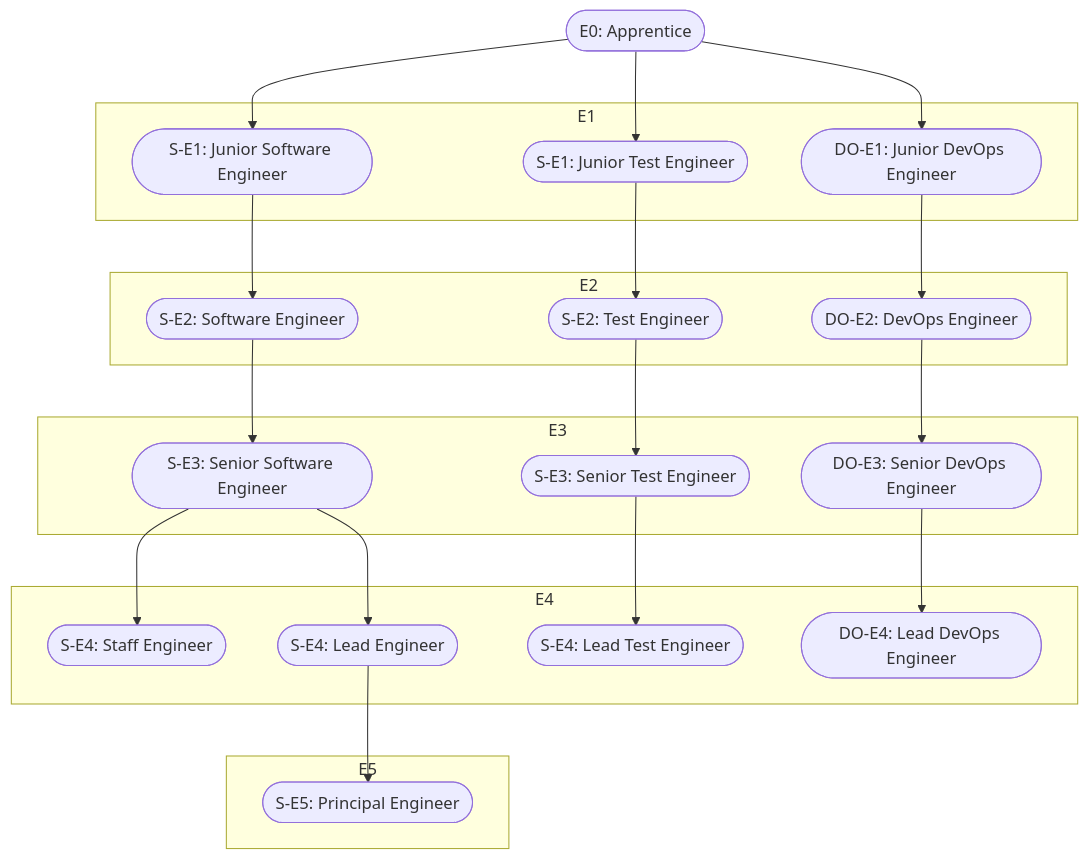
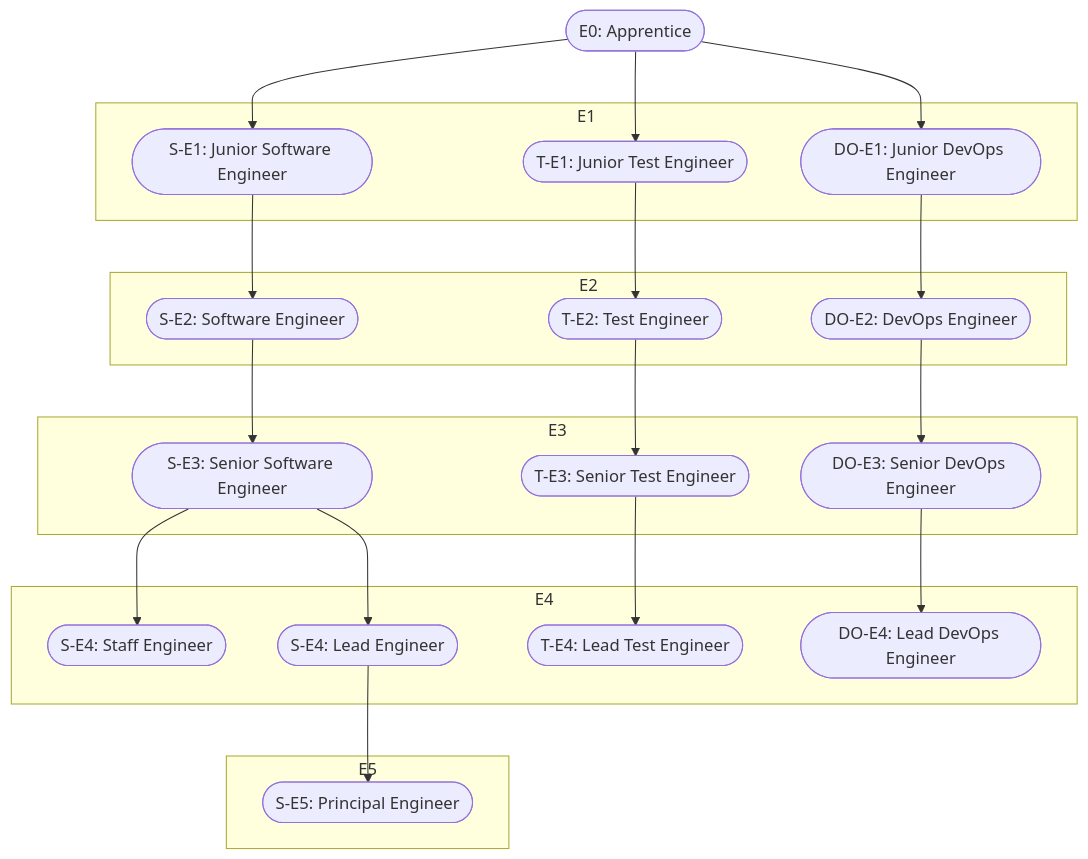
The diagram in docs/Progression-Framework/engineering-progression-framework.md (amdigital-co-uk/docs-playbook), drawn with Mermaid before and after one commit.

Commit message:
Update engineering-progression-framework.md
Updated SE to TE inline with Engineering Competency Matrix

````diff
--- a/docs/Progression-Framework/engineering-progression-framework.md
+++ b/docs/Progression-Framework/engineering-progression-framework.md
@@ -45,50 +45,50 @@
 ``` mermaid
 flowchart TD
 E0
 
 E0([E0: Apprentice]) --> S-E1([S-E1: Junior Software Engineer])
 S-E1 --> S-E2([S-E2: Software Engineer])
 S-E2 --> S-E3([S-E3: Senior Software Engineer])
 S-E3 --> S-E4a([S-E4: Staff Engineer])
 S-E3 --> S-E4([S-E4: Lead Engineer])
 S-E4 --> S-E5([S-E5: Principal Engineer])
 
-E0 --> T-E1([S-E1: Junior Test Engineer])
-T-E1 --> T-E2([S-E2: Test Engineer])
-T-E2 --> T-E3([S-E3: Senior Test Engineer])
-T-E3 --> T-E4([S-E4: Lead Test Engineer])
+E0 --> T-E1([T-E1: Junior Test Engineer])
+T-E1 --> T-E2([T-E2: Test Engineer])
+T-E2 --> T-E3([T-E3: Senior Test Engineer])
+T-E3 --> T-E4([T-E4: Lead Test Engineer])
 
 E0 --> DO-E1([DO-E1: Junior DevOps Engineer])
 DO-E1 --> DO-E2([DO-E2: DevOps Engineer])
 DO-E2 --> DO-E3([DO-E3: Senior DevOps Engineer])
 DO-E3 --> DO-E4([DO-E4: Lead DevOps Engineer])
 
 subgraph E1
 S-E1
 T-E1
 DO-E1
 end
 
 subgraph E2
 S-E2
 T-E2
 DO-E2
 end
 
 subgraph E3
 S-E3
 T-E3
 DO-E3
 end
 
 subgraph E4
 S-E4
 S-E4a
 T-E4
 DO-E4
 end
 
 subgraph E5
 S-E5
 end
 ```
````
